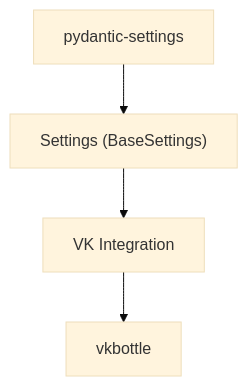
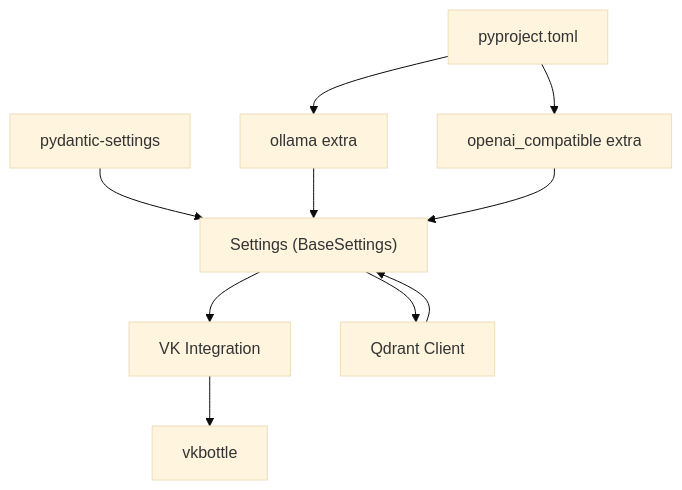
The sixth of 6 diagrams in .qoder/repowiki/en/content/Configuration Management.md (ognelis/cafetera_hr_bot), drawn with Mermaid (base theme) before and after one commit. The commit also changed other lines of this file and 13 other files, not shown here.

````diff
--- a/.qoder/repowiki/en/content/Configuration Management.md
+++ b/.qoder/repowiki/en/content/Configuration Management.md
@@ -183,10 +228,20 @@
 ```mermaid
 graph TB
 Settings["Settings (BaseSettings)"]
 Pydantic["pydantic-settings"]
 VKIntegration["VK Integration"]
 VKLib["vkbottle"]
+Qdrant["Qdrant Client"]
+OllamaExtra["ollama extra"]
+OpenAIExtra["openai_compatible extra"]
+Pyproject["pyproject.toml"]
 Pydantic --> Settings
 Settings --> VKIntegration
+Settings --> Qdrant
 VKIntegration --> VKLib
+Qdrant --> Settings
+OllamaExtra --> Settings
+OpenAIExtra --> Settings
+Pyproject --> OllamaExtra
+Pyproject --> OpenAIExtra
 ```
````
